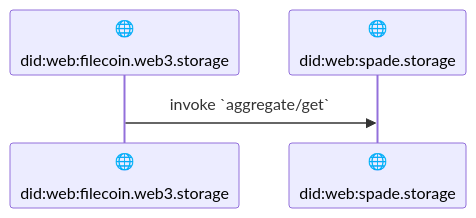
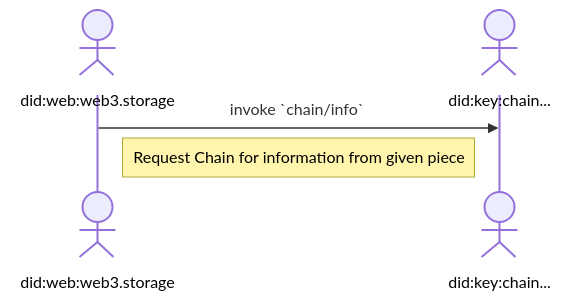
Before and after one commit to storacha/specs: the fourth of 4 diagrams in w3-aggregation.md, drawn with Mermaid. The commit also changed other lines of this file and 1 other file, not shown here.

````diff
--- a/w3-aggregation.md
+++ b/w3-aggregation.md
@@ -139,7 +151,8 @@
 ```mermaid
 sequenceDiagram
-participant Storefront as 🌐<br/><br/>did:web:filecoin.web3.storage
-    participant Broker as 🌐<br/><br/>did:web:spade.storage
+    actor Storefront as <br/><br/>did:web:web3.storage
+    actor Chain as <br/><br/>did:key:chain...
 
-    Storefront->>Broker: invoke `aggregate/get`
+    Storefront->>Chain: invoke `chain/info`
+    Note left of Chain: Request Chain for information from given piece
 ```
````
